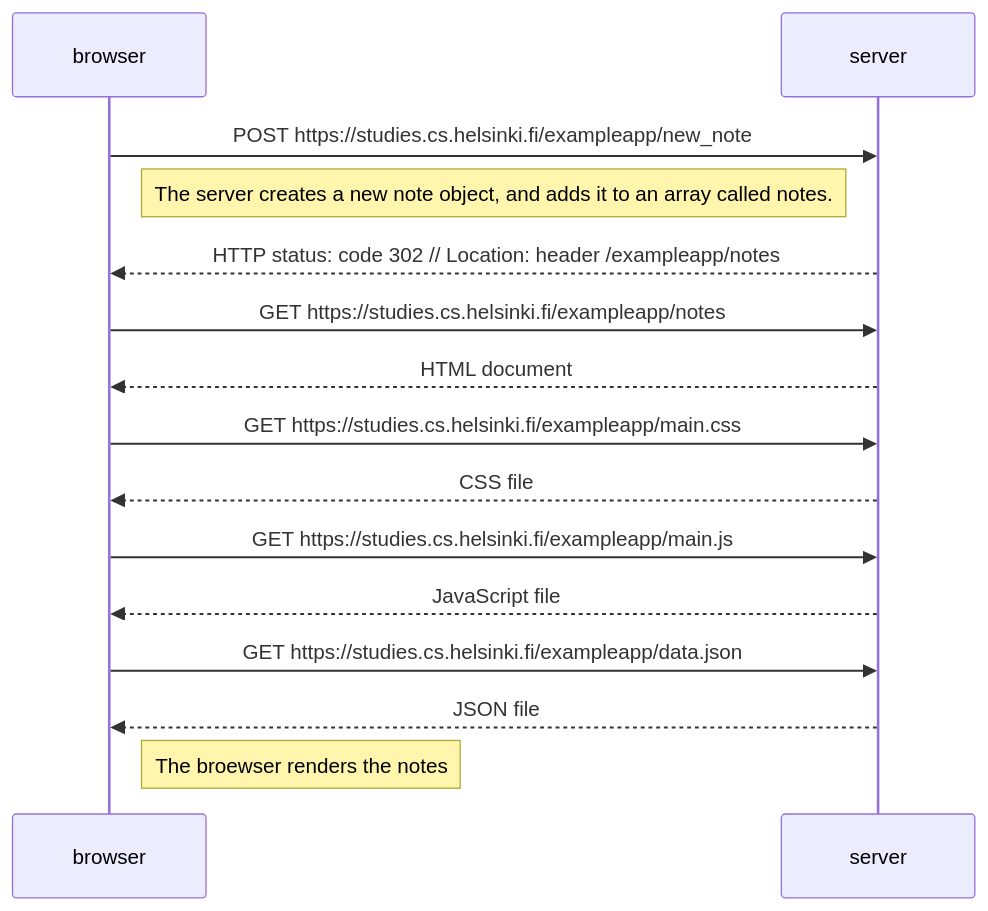
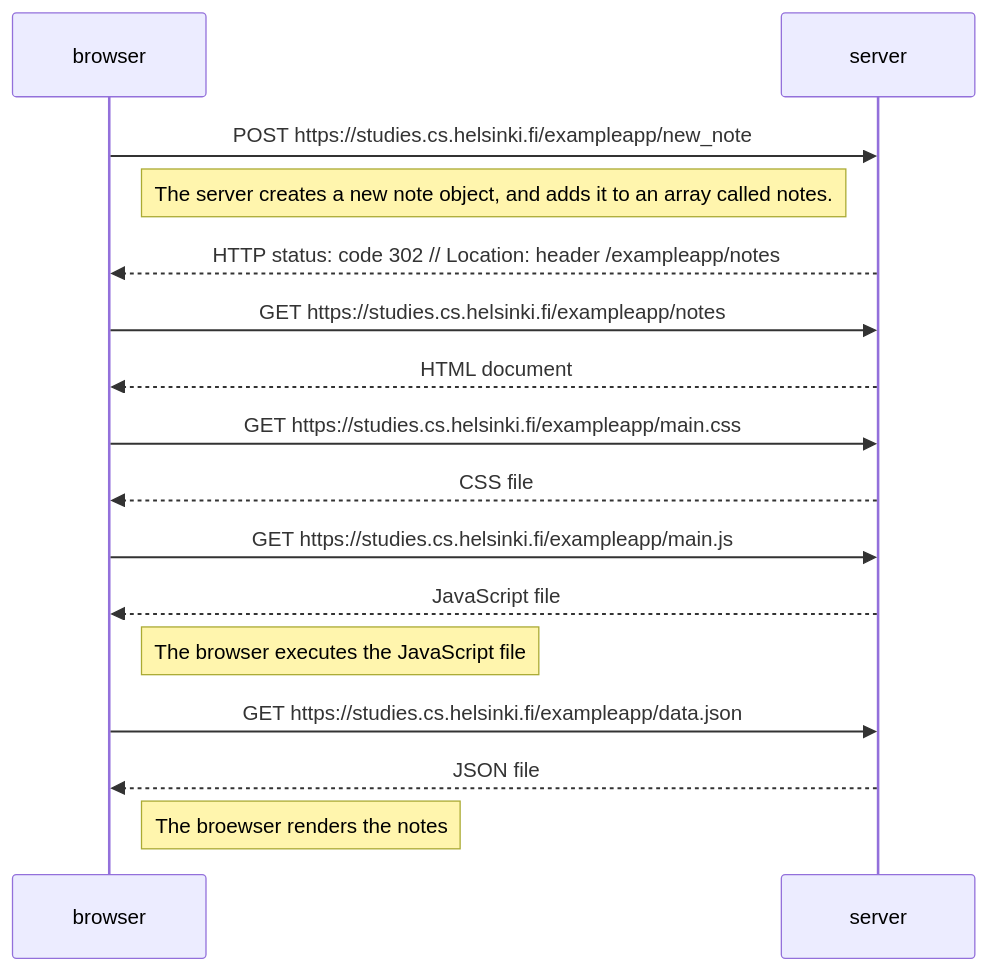
One commit to carperca23/0 changed the diagram in 0.4:_New_note_diagram.md. Above: the diagram before and after it, drawn with Mermaid.

````diff
--- a/0.4:_New_note_diagram.md
+++ b/0.4:_New_note_diagram.md
@@ -1,16 +1,17 @@
 ```mermaid
 sequenceDiagram
   browser ->> server: POST https://studies.cs.helsinki.fi/exampleapp/new_note
   Note right of browser: The server creates a new note object, and adds it to an array called notes.
   server -->> browser: HTTP status: code 302 // Location: header /exampleapp/notes
   browser ->> server: GET https://studies.cs.helsinki.fi/exampleapp/notes
   server -->> browser: HTML document
   browser ->> server: GET https://studies.cs.helsinki.fi/exampleapp/main.css
   server -->> browser: CSS file
   browser ->> server: GET https://studies.cs.helsinki.fi/exampleapp/main.js
   server -->> browser: JavaScript file
+  Note right of browser: The browser executes the JavaScript file
   browser ->> server: GET https://studies.cs.helsinki.fi/exampleapp/data.json
   server -->> browser: JSON file
   Note right of browser: The broewser renders the notes
 
 ```
````
